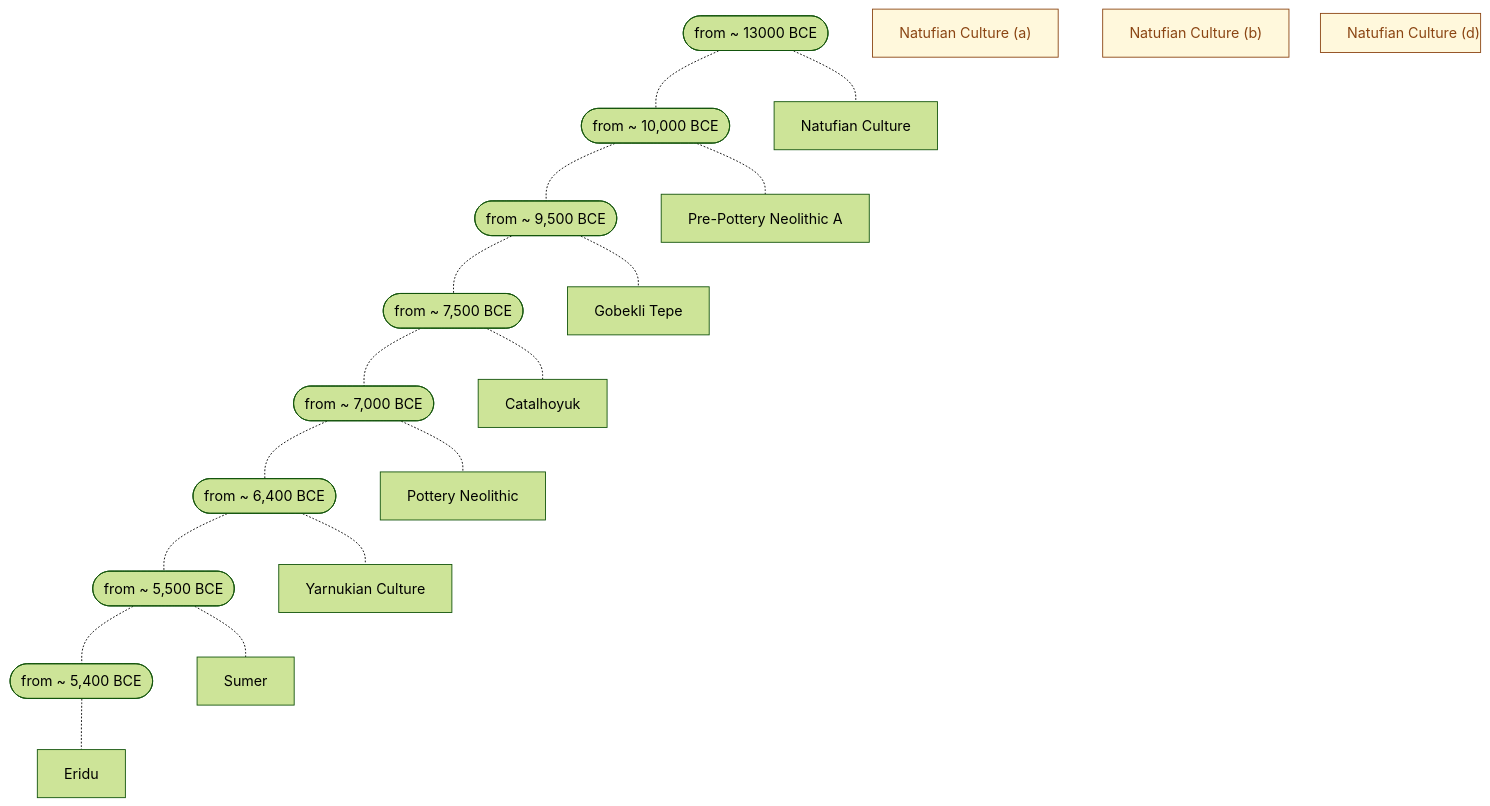
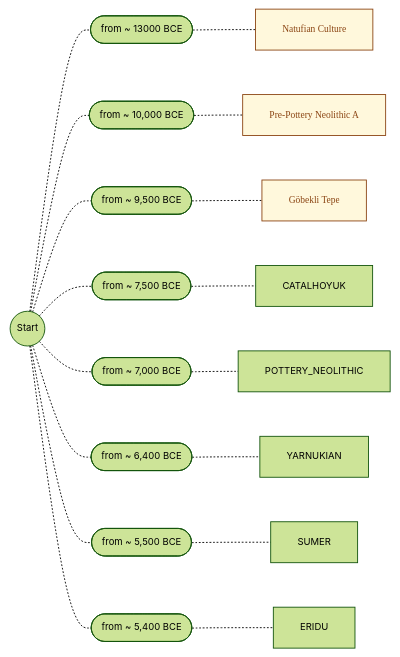
The diagram in 0000_General/timeline_v1.01.md (joe-dorward/samples), drawn with Mermaid before and after one commit.

````diff
--- a/0000_General/timeline_v1.01.md
+++ b/0000_General/timeline_v1.01.md
@@ -1,42 +1,41 @@
 ```mermaid
-%%{init: { 'theme':'forest', 'themeVariables': { 'fontSize':'12pt' } }}%%
-flowchart TD
-      %%classDef Note fill:cornsilk, stroke:saddlebrown, color:saddlebrown, font-family:verdana, text-align:left, line-height:50%, margin:0px;
+%%{init: { 'theme':'forest', 'themeVariables': { 'fontSize':'8pt' } }}%%
+flowchart LR
+classDef Note fill:cornsilk, stroke:saddlebrown, color:saddlebrown, font-family:verdana, text-align:left, line-height:150%, margin:0px, padding:0px;
+      START(("Start"))
 
-    classDef Note_a fill:cornsilk, stroke:saddlebrown, color:saddlebrown;
-    classDef Note_b fill:cornsilk, stroke:saddlebrown, color:saddlebrown, margin:0px, padding:0px;
-    classDef Note_c fill:cornsilk, stroke:saddlebrown, color:saddlebrown, height:40px, margin:0px, padding:0px;
-    classDef Note_d fill:cornsilk, stroke:saddlebrown, color:saddlebrown, justify:left, height:44px, width:180px, margin:0px, padding:0px, line-height:90%;
-    %% ========== ========== ========== ========== ==========
-    13000([from ~ 13000 BCE])-.-
-    10000([from ~ 10,000 BCE])-.-
-    9500([from ~ 9,500 BCE])-.-
-    7500([from ~ 7,500 BCE])-.-
-    7000([from ~ 7,000 BCE])-.-
-    6400([from ~ 6,400 BCE])-.-
-    5500([from ~ 5,500 BCE])-.-
-    5400([from ~ 5,400 BCE])
+      13000([from ~ 13000 BCE])
+      NATUFIAN[Natufian Culture]
+      click NATUFIAN "https://en.wikipedia.org/wiki/Natufian_culture" _blank
 
-    NATUFIAN_a["Natufian Culture (a)"]:::Note_a
-    NATUFIAN_b["Natufian Culture (b)"]:::Note_b
-    %%NATUFIAN_c["Natufian Culture (c)"]:::Note_c
-    NATUFIAN_d["Natufian Culture (d)"]:::Note_d
+      10000([from ~ 10,000 BCE])
+      PRE_POTTERY_NEOLITHIC_A[Pre-Pottery Neolithic A]
+      click PRE_POTTERY_NEOLITHIC_A "https://en.wikipedia.org/wiki/Pre-Pottery_Neolithic_A" _blank
 
-    NATUFIAN[Natufian Culture]
-    PRE_POTTERY_NEOLITHIC_A[Pre-Pottery Neolithic A]
-    GOBEKLI_TEPE[Gobekli Tepe]
-    CATALHOYUK[Catalhoyuk]
-    POTTERY_NEOLITHIC[Pottery Neolithic]
-    YARNUKIAN["Yarnukian Culture"]
-    SUMER[Sumer]
-    ERIDU[Eridu]
+      9500([from ~ 9,500 BCE])
+      GOBEKLI_TEPE[Göbekli Tepe]
+      click GOBEKLI_TEPE "https://en.wikipedia.org/wiki/Göbekli_Tepe" _blank
 
-    13000-.-NATUFIAN
-    10000-.-PRE_POTTERY_NEOLITHIC_A
-    9500-.-GOBEKLI_TEPE
-    7500-.-CATALHOYUK
-    7000-.-POTTERY_NEOLITHIC
-    6400-.-YARNUKIAN
-    5500-.-SUMER
-    5400-.-ERIDU
+      7500([from ~ 7,500 BCE])
+      7000([from ~ 7,000 BCE])
+      6400([from ~ 6,400 BCE])
+      5500([from ~ 5,500 BCE])
+      5400([from ~ 5,400 BCE])
+
+
+
+
+      class NATUFIAN,PRE_POTTERY_NEOLITHIC_A,GOBEKLI_TEPE Note;
+      %% ========== ========== ========== ========== ==========
+      START-.-13000-.-NATUFIAN
+      START-.-10000-.-PRE_POTTERY_NEOLITHIC_A
+      START-.-9500-.-GOBEKLI_TEPE
+      START-.-7500-.-CATALHOYUK
+      START-.-7000-.-POTTERY_NEOLITHIC
+      START-.-6400-.-YARNUKIAN
+      START-.-5500-.-SUMER
+      START-.-5400-.-ERIDU
+
+     
+      
 ```
````
